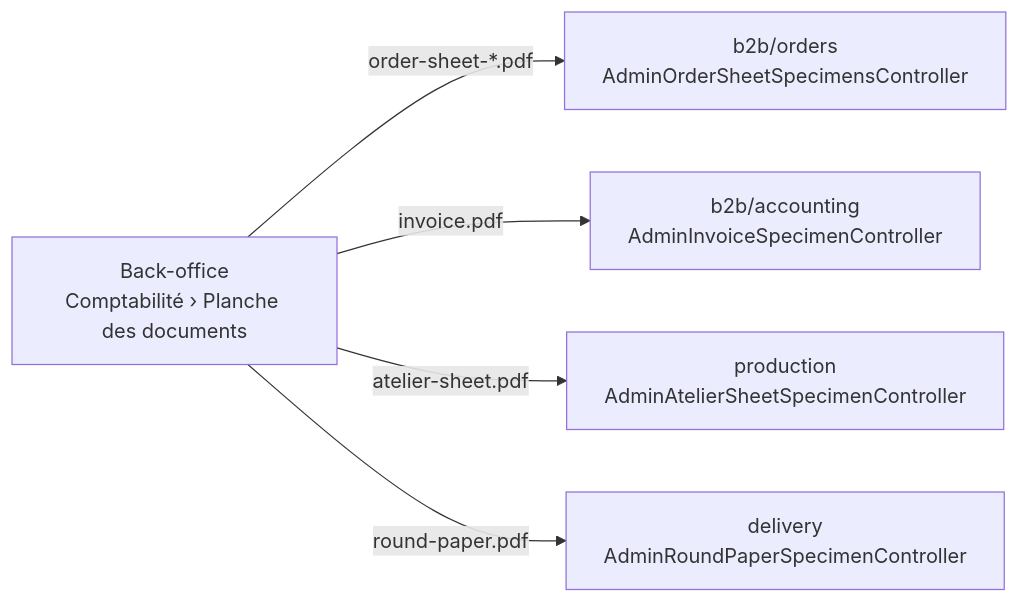
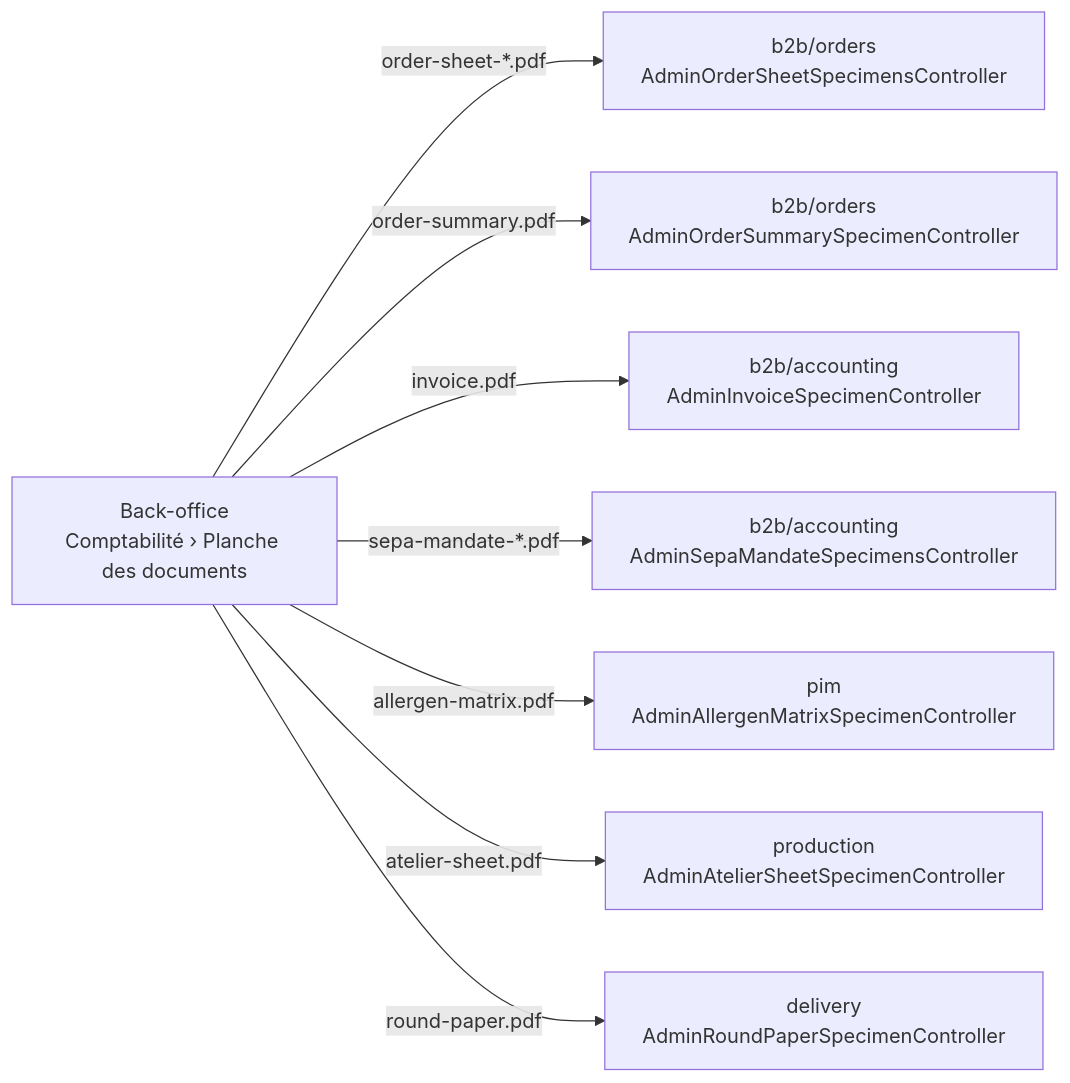
The diagram in documentation/comptabilite/planche-des-documents.md (hugoheynard/lfd), drawn with Mermaid before and after one commit. The commit also changed other lines of this file and 22 other files, not shown here.

````diff
--- a/documentation/comptabilite/planche-des-documents.md
+++ b/documentation/comptabilite/planche-des-documents.md
@@ -29,8 +34,11 @@
 ```mermaid
 flowchart LR
   screen["Back-office<br/>Comptabilité › Planche des documents"]
   screen -->|order-sheet-*.pdf| orders["b2b/orders<br/>AdminOrderSheetSpecimensController"]
+  screen -->|order-summary.pdf| summary["b2b/orders<br/>AdminOrderSummarySpecimenController"]
   screen -->|invoice.pdf| accounting["b2b/accounting<br/>AdminInvoiceSpecimenController"]
+  screen -->|sepa-mandate-*.pdf| mandates["b2b/accounting<br/>AdminSepaMandateSpecimensController"]
+  screen -->|allergen-matrix.pdf| pim["pim<br/>AdminAllergenMatrixSpecimenController"]
   screen -->|atelier-sheet.pdf| production["production<br/>AdminAtelierSheetSpecimenController"]
   screen -->|round-paper.pdf| delivery["delivery<br/>AdminRoundPaperSpecimenController"]
 ```
````
